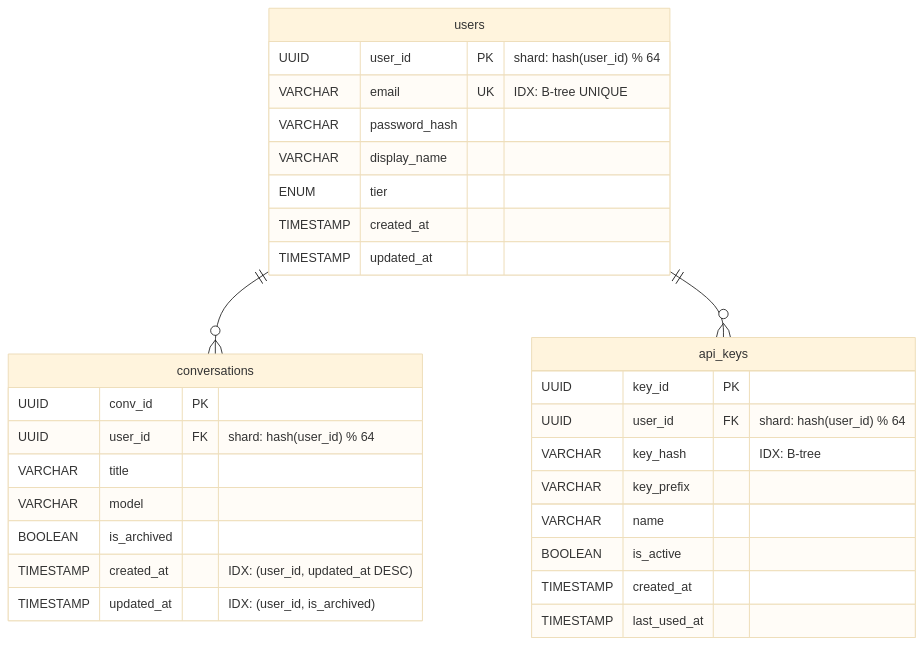
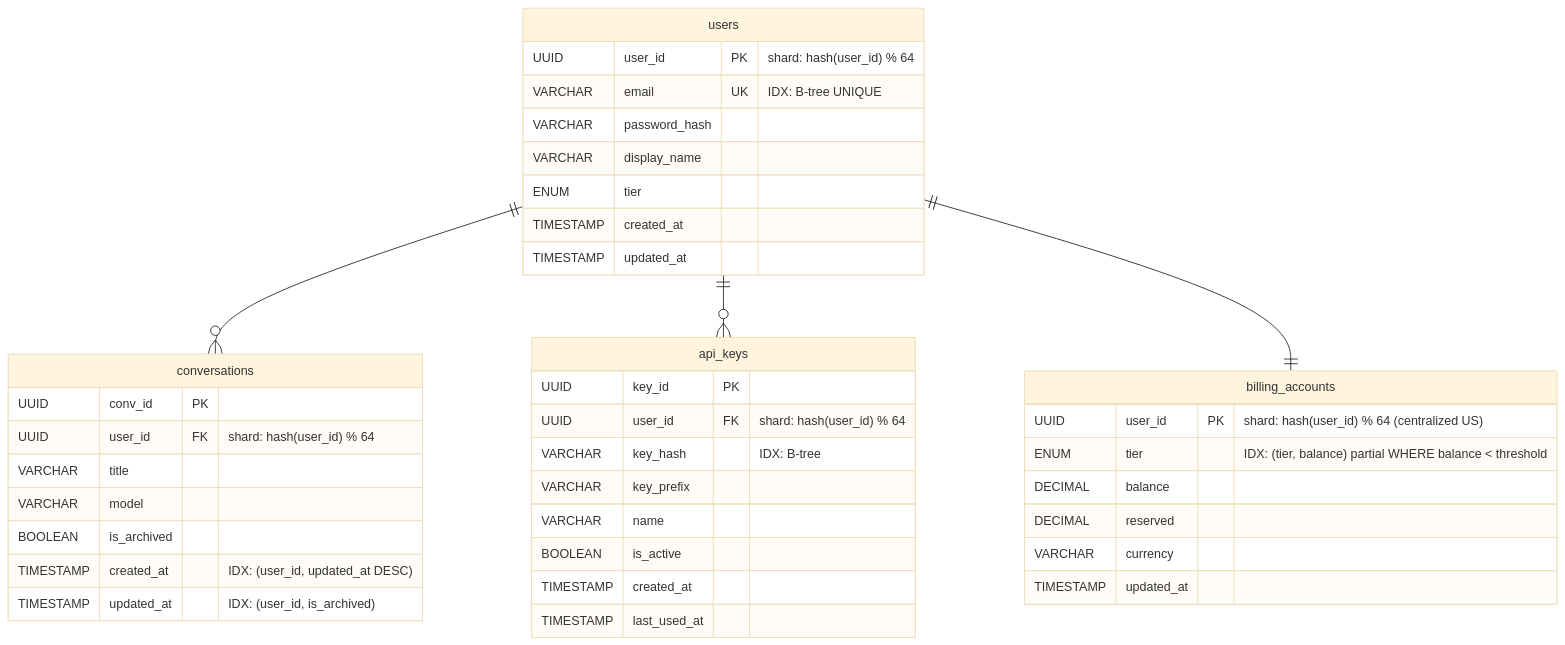
One commit to yaksase/highload_hse changed the third of 8 diagrams in README.md. Above: the diagram before and after it, drawn with Mermaid (base theme). The commit also changed other lines of this file and 35 other files, not shown here.

````diff
--- a/README.md
+++ b/README.md
@@ -1146,36 +1503,46 @@
 ```mermaid
 erDiagram
     users {
         UUID user_id PK "shard: hash(user_id) % 64"
         VARCHAR email UK "IDX: B-tree UNIQUE"
         VARCHAR password_hash
         VARCHAR display_name
         ENUM tier
         TIMESTAMP created_at
         TIMESTAMP updated_at
     }
 
     conversations {
         UUID conv_id PK
         UUID user_id FK "shard: hash(user_id) % 64"
         VARCHAR title
         VARCHAR model
         BOOLEAN is_archived
         TIMESTAMP created_at "IDX: (user_id, updated_at DESC)"
         TIMESTAMP updated_at "IDX: (user_id, is_archived)"
     }
 
     api_keys {
         UUID key_id PK
         UUID user_id FK "shard: hash(user_id) % 64"
         VARCHAR key_hash "IDX: B-tree"
         VARCHAR key_prefix
         VARCHAR name
         BOOLEAN is_active
         TIMESTAMP created_at
         TIMESTAMP last_used_at
     }
 
+    billing_accounts {
+        UUID user_id PK "shard: hash(user_id) % 64 (centralized US)"
+        ENUM tier "IDX: (tier, balance) partial WHERE balance < threshold"
+        DECIMAL balance
+        DECIMAL reserved
+        VARCHAR currency
+        TIMESTAMP updated_at
+    }
+
     users ||--o{ conversations : ""
     users ||--o{ api_keys : ""
+    users ||--|| billing_accounts : ""
 ```
````
